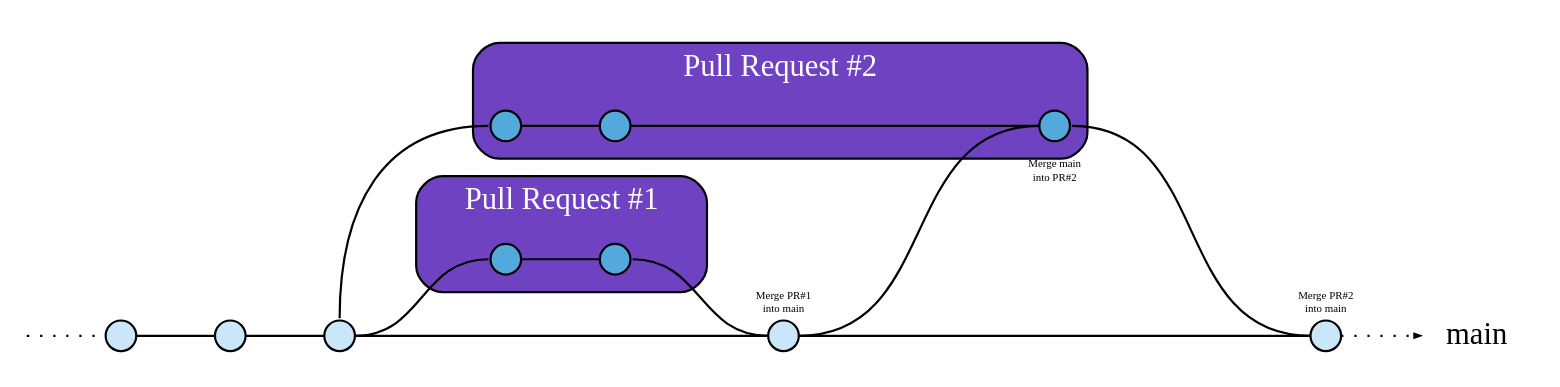
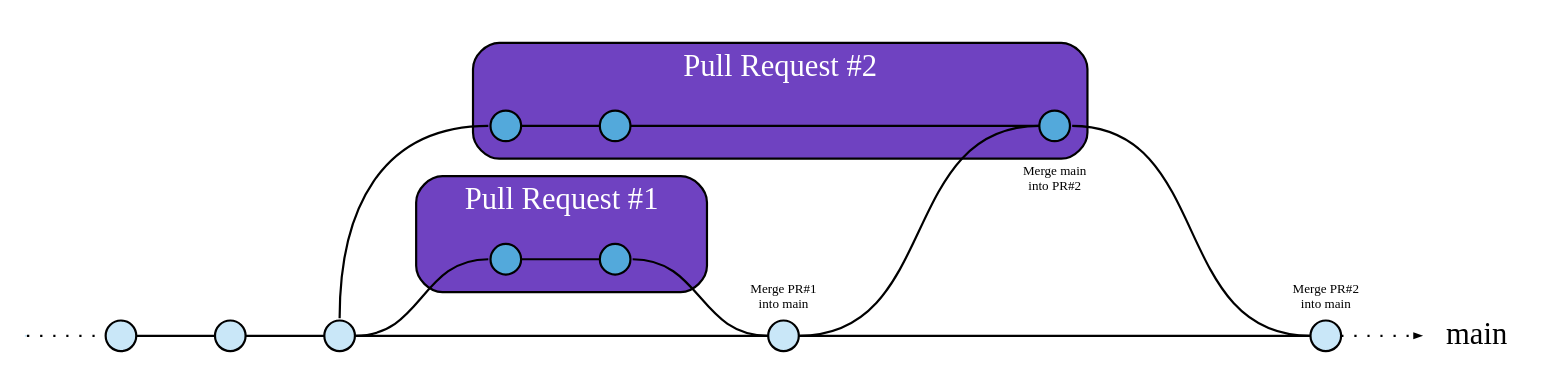
The diagram in docs/source/actions/queue-strict-merge.dot (Mergifyio/mergify), drawn with Graphviz before and after one commit. The commit also changed 5 other files, not shown here.

```diff
--- a/docs/source/actions/queue-strict-merge.dot
+++ b/docs/source/actions/queue-strict-merge.dot
@@ -1,57 +1,57 @@
 strict digraph g {
     rankdir="LR";
     forcelabels=false;
     // general
     node [style=filled, color="black", fontcolor="black",];
     edge [color="black", arrowhead=none];
 
     // graph
     node [width=0.2, height=0.2, fixedsize=true, label="", shape=circle, fillcolor="#FF0000"]
 
 
     node [group="master", fillcolor="#C9E7F8"];
     ms:e -> m0:w [style=dotted, arrowhead=none];
     m0:e -> m1:w;
     m1:e -> m2:w;
     m2 -> mpr1 [minlen=3];
-    mpr1 [label="Merge PR#1\ninto main\n\n\n\n\n\n", fontcolor=black, fontsize="5pt"];
-    mpr2 [label="Merge PR#2\ninto main\n\n\n\n\n\n", fontcolor=black, fontsize="5pt"];
+    mpr1 [label="Merge PR#1\ninto main\n\n\n\n\n\n", fontcolor=black, fontsize="6pt"];
+    mpr2 [label="Merge PR#2\ninto main\n\n\n\n\n\n", fontcolor=black, fontsize="6pt"];
 
     subgraph {
         rank=min;
         ms [width=0, height=0, penwidth=0];
     }
 
     subgraph {
         rank=sink;
         me [label="main", shape=none, fixedsize=false, fillcolor=none, fontcolor=black];
     }
 
     subgraph cluster_pr1 {
         label="Pull Request #1";
         style="rounded,filled";
         fillcolor="#6F42C1";
         fontcolor="white";
         node [group="pr", fillcolor="#53A9DB"];
         pr11 -> pr12;
     }
 
     subgraph cluster_pr2 {
         node [group="pr2", fillcolor="#53A9DB"];
         label="Pull Request #2";
         style="rounded,filled";
         fillcolor="#6F42C1";
         fontcolor="white";
         pr21 -> pr22;
         pr22 -> pr23 [minlen=4];
-        pr23 [label="\n\n\n\n\n\n\nMerge main\ninto PR#2", fontcolor=black, fontsize="5pt"];
+        pr23 [label="\n\n\n\n\n\n\nMerge main\ninto PR#2", fontcolor=black, fontsize="6pt"];
     }
 
     m2:e -> pr11:w;
     m2:n -> pr21:w;
     mpr1 -> mpr2 [minlen=6];
     pr12:e -> mpr1:w;
     pr23:e -> mpr2:w;
     mpr1:e -> pr23:w [minlen=2];
     mpr2:e -> me:w [style=dotted, arrowhead=normal, arrowsize=0.25];
 }
```
